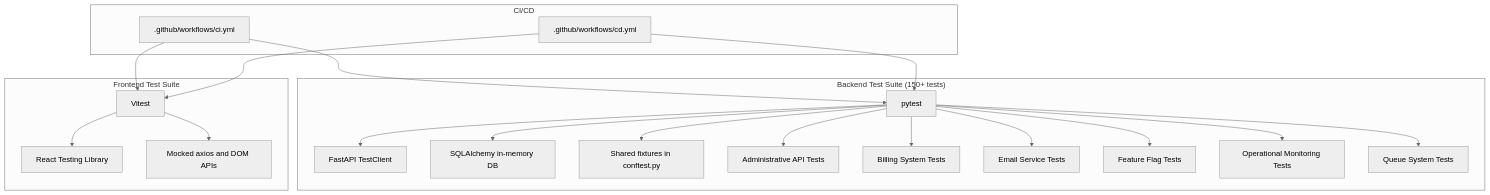
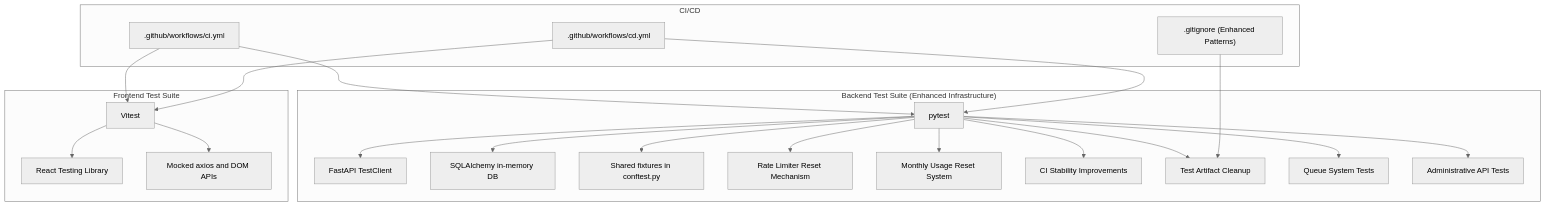
One commit to Revanththetalogics/aireume changed the first of 15 diagrams in .qoder/repowiki/en/content/Testing Strategy.md. Above: the diagram before and after it, drawn with Mermaid (neutral theme). The commit also changed other lines of this file and 2 other files, not shown here.

````diff
--- a/.qoder/repowiki/en/content/Testing Strategy.md
+++ b/.qoder/repowiki/en/content/Testing Strategy.md
@@ -91,39 +51,41 @@
 ```mermaid
 graph TB
-subgraph "Backend Test Suite (150+ tests)"
+subgraph "Backend Test Suite (Enhanced Infrastructure)"
 B1["pytest"]
 B2["FastAPI TestClient"]
 B3["SQLAlchemy in-memory DB"]
 B4["Shared fixtures in conftest.py"]
-B5["Administrative API Tests"]
-B6["Billing System Tests"]
-B7["Email Service Tests"]
-B8["Feature Flag Tests"]
-B9["Operational Monitoring Tests"]
-B10["Queue System Tests"]
+B5["Rate Limiter Reset Mechanism"]
+B6["Monthly Usage Reset System"]
+B7["CI Stability Improvements"]
+B8["Test Artifact Cleanup"]
+B9["Queue System Tests"]
+B10["Administrative API Tests"]
 end
 subgraph "Frontend Test Suite"
 F1["Vitest"]
 F2["React Testing Library"]
 F3["Mocked axios and DOM APIs"]
 end
 subgraph "CI/CD"
 C1[".github/workflows/ci.yml"]
 C2[".github/workflows/cd.yml"]
+C3[".gitignore (Enhanced Patterns)"]
 end
 B1 --> B2
 B1 --> B3
 B1 --> B4
 B1 --> B5
 B1 --> B6
 B1 --> B7
 B1 --> B8
 B1 --> B9
 B1 --> B10
 F1 --> F2
 F1 --> F3
 C1 --> B1
 C1 --> F1
 C2 --> B1
 C2 --> F1
+C3 --> B8
 ```
````
